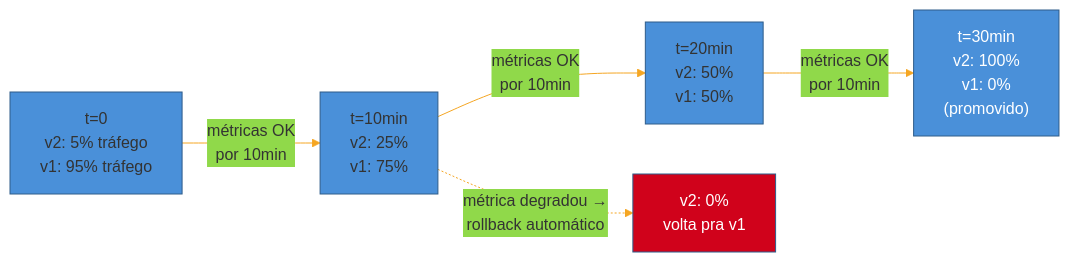
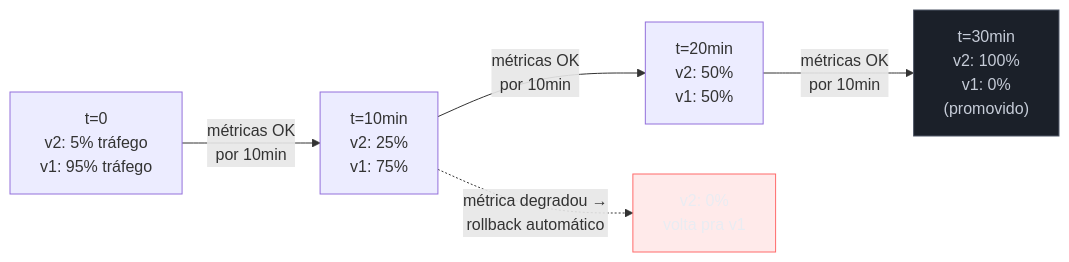
Before and after one commit to josenaldo/codex-technomanticus: the third of 3 diagrams in 03-Dominios/Engenharia/Operação/2 - Entrega e release/02 - Deployment strategies.md, drawn with Mermaid. The commit also changed other lines of this file and 1181 other files, not shown here.

First line of the commit message:
fix(diagramas): paleta do sistema no lugar de cor cravada no markdown

````diff
--- a/03-Dominios/Engenharia/Operação/2 - Entrega e release/02 - Deployment strategies.md
+++ b/03-Dominios/Engenharia/Operação/2 - Entrega e release/02 - Deployment strategies.md
@@ -129,11 +133,12 @@
 ```mermaid
-%%{init: {"theme": "base", "themeVariables": {"primaryColor": "#4A90D9", "primaryBorderColor": "#2E5C8A", "lineColor": "#F5A623"}}}%%
 graph LR
+    classDef neutro fill:#1B2029,stroke:#4E5666,color:#C6CCD8
+    classDef falha fill:#FF6B6B24,stroke:#FF6B6B,color:#E9ECF2
     T0["t=0<br/>v2: 5% tráfego<br/>v1: 95% tráfego"] -->|"métricas OK<br/>por 10min"| T1["t=10min<br/>v2: 25%<br/>v1: 75%"]
     T1 -->|"métricas OK<br/>por 10min"| T2["t=20min<br/>v2: 50%<br/>v1: 50%"]
     T2 -->|"métricas OK<br/>por 10min"| T3["t=30min<br/>v2: 100%<br/>v1: 0%<br/>(promovido)"]
     T1 -.->|"métrica degradou →<br/>rollback automático"| ROLLBACK["v2: 0%<br/>volta pra v1"]
 
-    style T3 fill:#4A90D9,color:#fff
-    style ROLLBACK fill:#D0021B,color:#fff
+    class T3 neutro
+    class ROLLBACK falha
 ```
````
